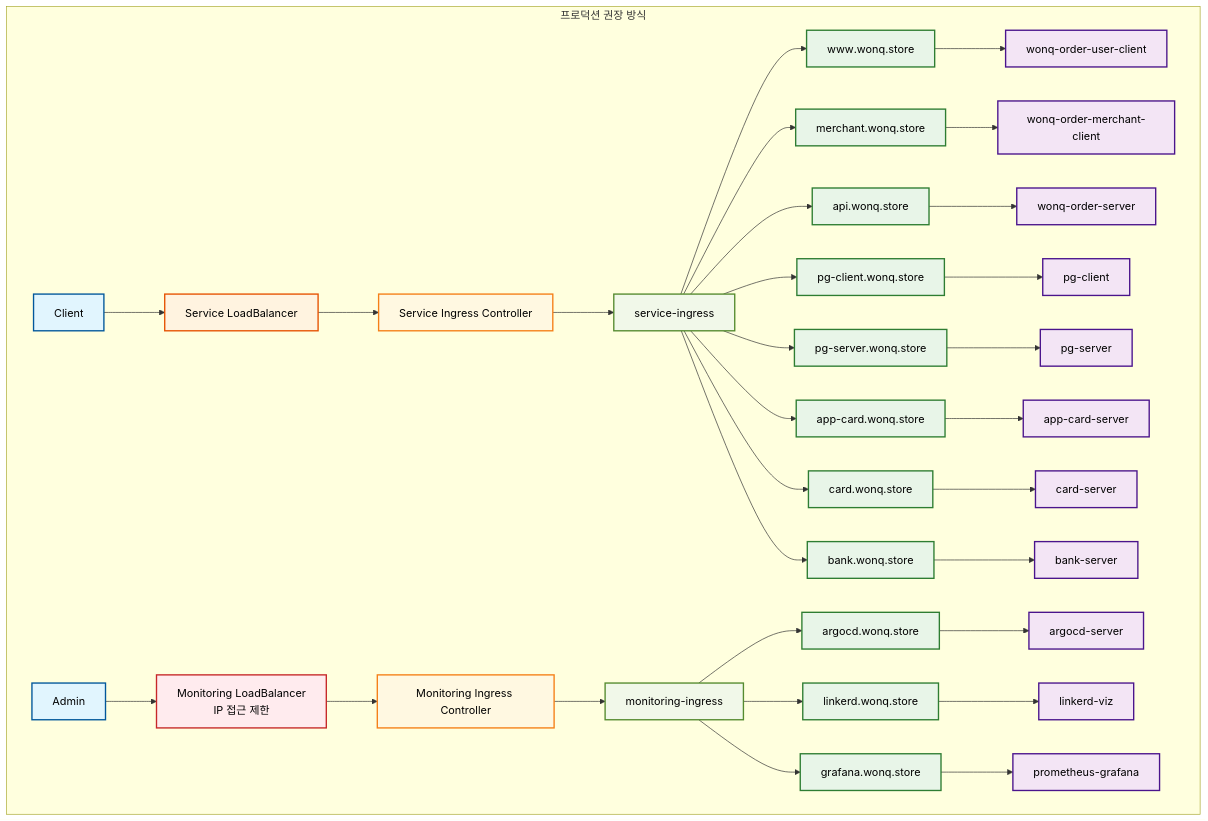
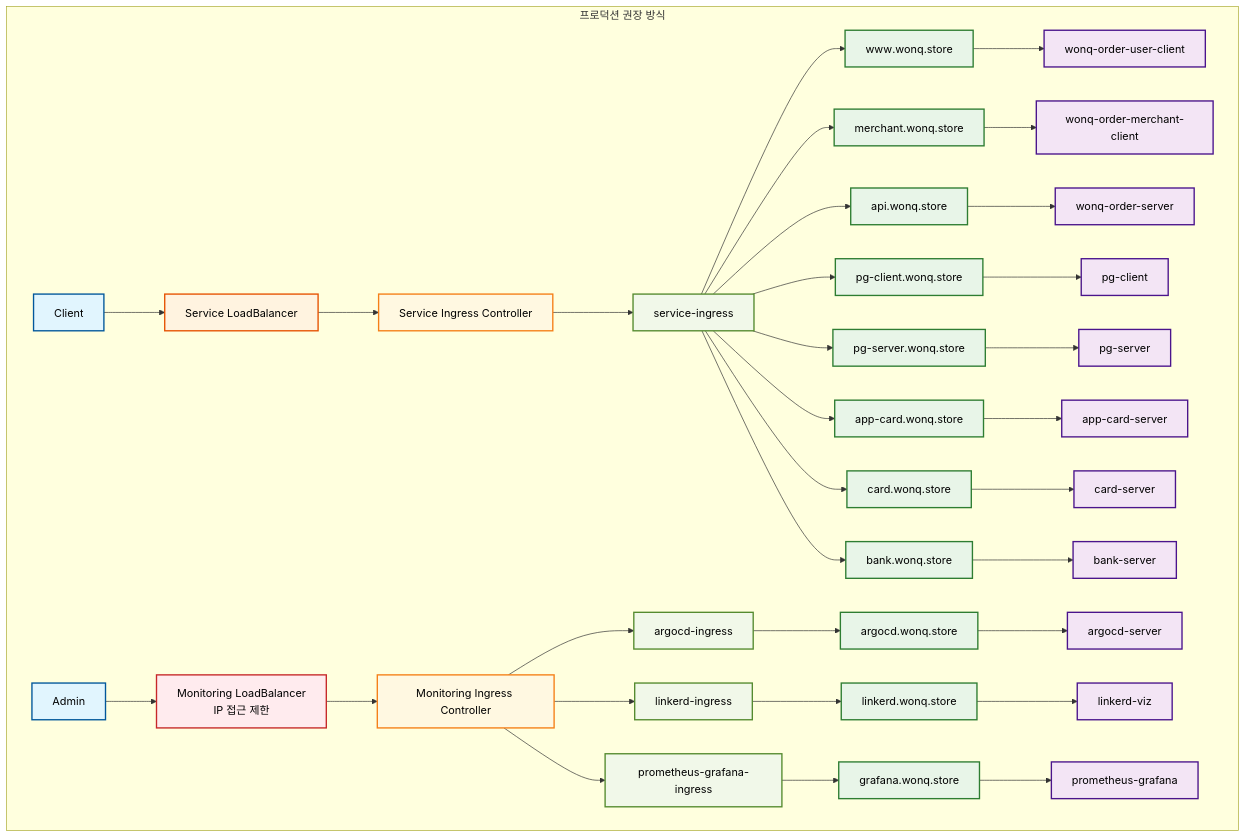
The third of 3 diagrams in blog/2025-05-29/gcp-load-balancer-quota-exceeded-troubleshooting.md (namsh1125/wonq-tech-blog), drawn with Mermaid before and after one commit. The commit also changed other lines of this file, not shown here.

Commit message:
Update: 인그레스 리소스 수정

````diff
--- a/blog/2025-05-29/gcp-load-balancer-quota-exceeded-troubleshooting.md
+++ b/blog/2025-05-29/gcp-load-balancer-quota-exceeded-troubleshooting.md
@@ -384,56 +386,58 @@
 ```mermaid
 graph TB
     subgraph "프로덕션 권장 방식"
         A1[Client] --> L1[Service LoadBalancer]
         A2[Admin] --> L2[Monitoring LoadBalancer<br/>IP 접근 제한]
         L1 --> I1[Service Ingress Controller]
         L2 --> I2[Monitoring Ingress Controller]
         
         I1 --> R1[service-ingress]
-        I2 --> R2[monitoring-ingress]
+        I2 --> R2[argocd-ingress]
+        I2 --> R3[linkerd-ingress]
+        I2 --> R4[prometheus-grafana-ingress]
 
         R1 --> D1["www․wonq․store"]
         R1 --> D2["merchant․wonq․store"]
         R1 --> D3["api․wonq․store"]
         R1 --> D4["pg-client․wonq․store"]
         R1 --> D5["pg-server․wonq․store"]
         R1 --> D6["app-card․wonq․store"]
         R1 --> D7["card․wonq․store"]
         R1 --> D8["bank․wonq․store"]
 
         R2 --> D9["argocd․wonq․store"]
-        R2 --> D10["linkerd․wonq․store"]
-        R2 --> D11["grafana․wonq․store"]
+        R3 --> D10["linkerd․wonq․store"]
+        R4 --> D11["grafana․wonq․store"]
 
         D1 --> S1[wonq-order-user-client]
         D2 --> S2[wonq-order-merchant-client]
         D3 --> S3[wonq-order-server]
         D4 --> S4[pg-client]
         D5 --> S5[pg-server]
         D6 --> S6[app-card-server]
         D7 --> S7[card-server]
         D8 --> S8[bank-server]
         D9 --> M1[argocd-server]
         D10 --> M2[linkerd-viz]
         D11 --> M3[prometheus-grafana]
     end
 
     %% 색상 스타일 정의
     classDef clientStyle fill:#e1f5fe,stroke:#01579b,stroke-width:2px,color:#000
     classDef lbStyle fill:#fff3e0,stroke:#e65100,stroke-width:2px,color:#000
     classDef securityLbStyle fill:#ffebee,stroke:#c62828,stroke-width:2px,color:#000
     classDef ingressStyle fill:#fff8e1,stroke:#f57f17,stroke-width:2px,color:#000
     classDef resourceStyle fill:#f1f8e9,stroke:#558b2f,stroke-width:2px,color:#000
     classDef domainStyle fill:#e8f5e8,stroke:#2e7d32,stroke-width:2px,color:#000
     classDef serviceStyle fill:#f3e5f5,stroke:#4a148c,stroke-width:2px,color:#000
 
     %% 클래스 적용
     class A1,A2 clientStyle
     class L1 lbStyle
     class L2 securityLbStyle
     class I1,I2 ingressStyle
-    class R1,R2 resourceStyle
+    class R1,R2,R3,R4 resourceStyle
     class D1,D2,D3,D4,D5,D6,D7,D8,D9,D10,D11 domainStyle
     class S1,S2,S3,S4,S5,S6,S7,S8 serviceStyle
     class M1,M2,M3 serviceStyle
 ```
````
